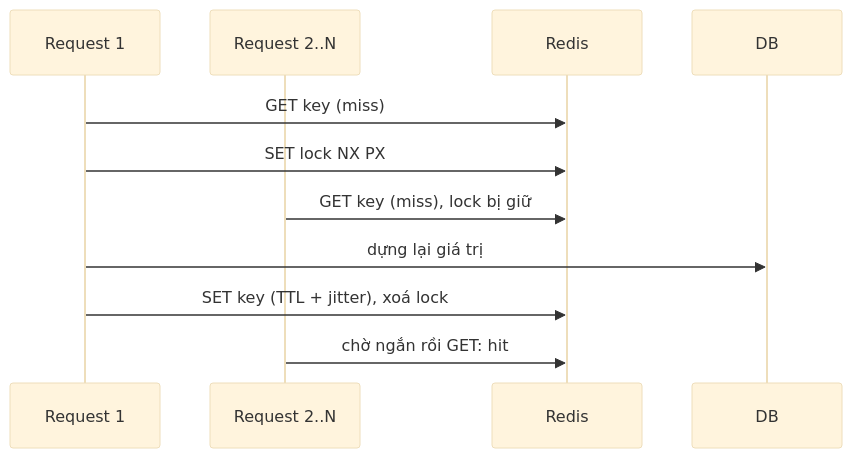
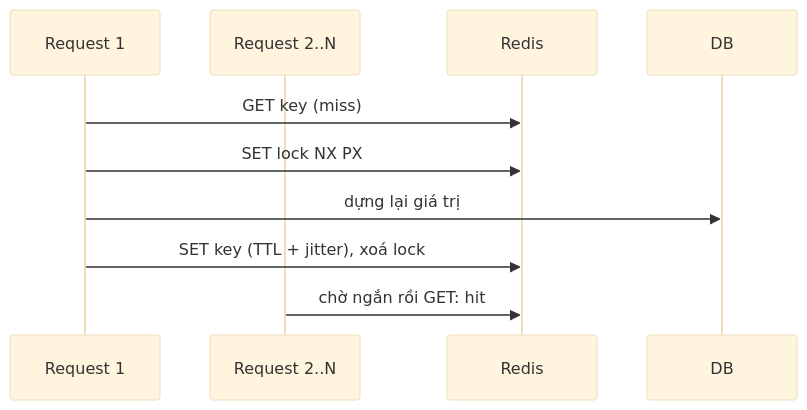
Before and after one commit to passion-Infinity/personal-tech-playbook: the diagram in src/assets/knowledge/playbooks/caching/redis-cache-stampede.md, drawn with Mermaid (base theme). The commit also changed 6 other files, not shown here.

````diff
--- a/src/assets/knowledge/playbooks/caching/redis-cache-stampede.md
+++ b/src/assets/knowledge/playbooks/caching/redis-cache-stampede.md
@@ -49,13 +49,12 @@
 ```mermaid
 sequenceDiagram
     participant R1 as Request 1
     participant R2 as Request 2..N
     participant C as Redis
     participant D as DB
     R1->>C: GET key (miss)
     R1->>C: SET lock NX PX
-    R2->>C: GET key (miss), lock bị giữ
     R1->>D: dựng lại giá trị
     R1->>C: SET key (TTL + jitter), xoá lock
     R2->>C: chờ ngắn rồi GET: hit
 ```
````
